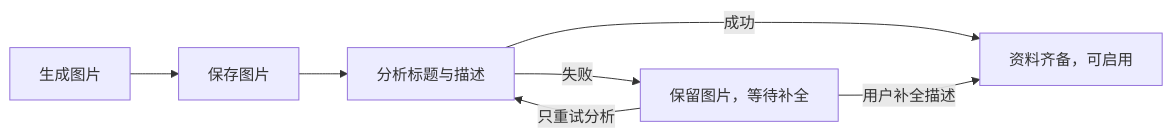
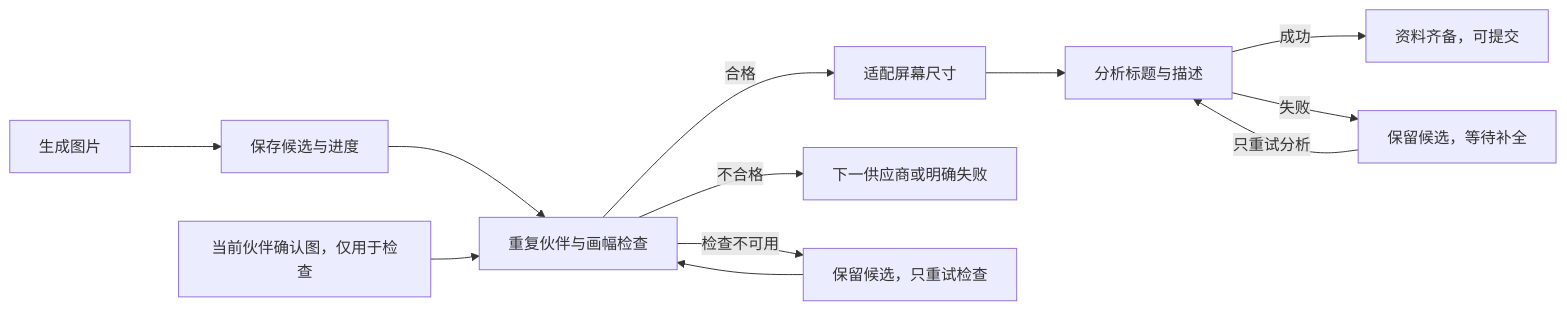
The second of 2 diagrams in docs/PIPELINE.md (yangjinming1062/SpiritAgent), drawn with Mermaid before and after one commit. The commit also changed other lines of this file and 57 other files, not shown here.

````diff
--- a/docs/PIPELINE.md
+++ b/docs/PIPELINE.md
@@ -64,9 +66,14 @@
 ```mermaid
 flowchart LR
-    Generate[生成图片] --> Save[保存图片]
-    Save --> Analyze[分析标题与描述]
-    Analyze -->|成功| Ready[资料齐备，可启用]
-    Analyze -->|失败| Keep[保留图片，等待补全]
+    Generate[生成图片] --> Save[保存候选与进度]
+    Save --> Review[重复伙伴与画幅检查]
+    Companion[当前伙伴确认图，仅用于检查] --> Review
+    Review -->|合格| Fit[适配屏幕尺寸]
+    Review -->|不合格| Next[下一供应商或明确失败]
+    Review -->|检查不可用| Retry[保留候选，只重试检查]
+    Retry --> Review
+    Fit --> Analyze[分析标题与描述]
+    Analyze -->|成功| Ready[资料齐备，可提交]
+    Analyze -->|失败| Keep[保留候选，等待补全]
     Keep -->|只重试分析| Analyze
-    Keep -->|用户补全描述| Ready
 ```
````
